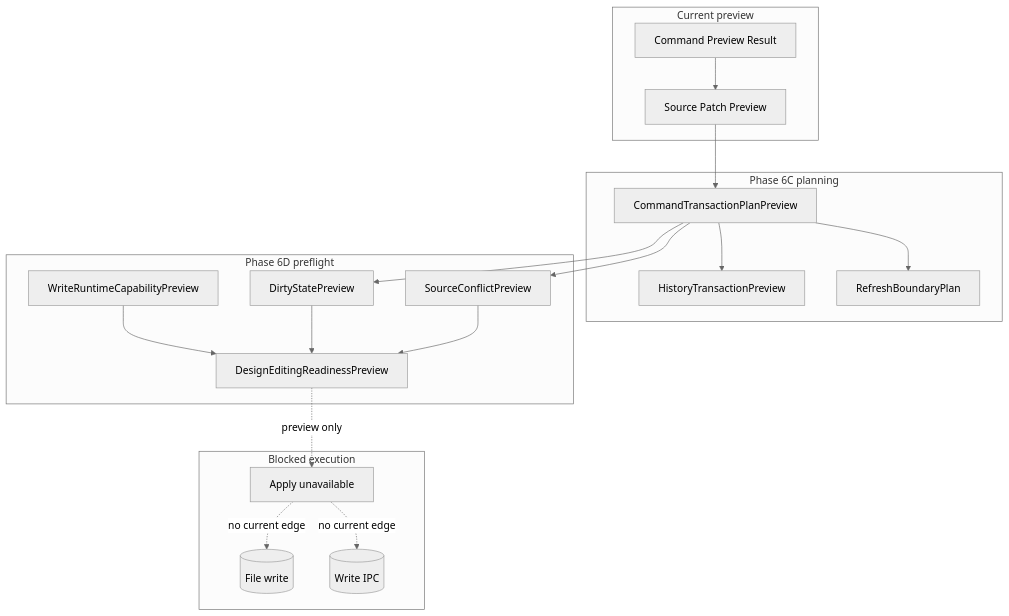
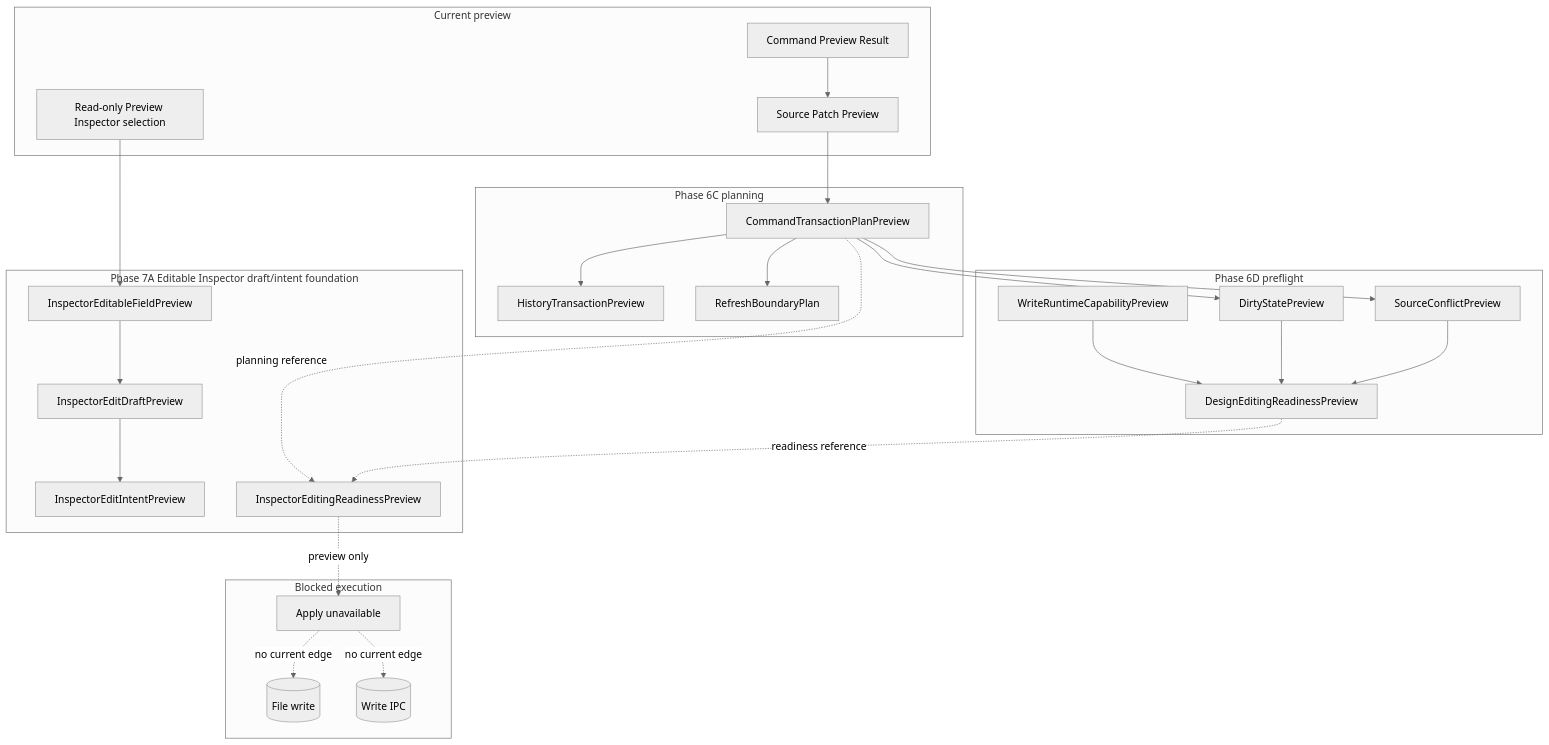
Before and after one commit to krestosa/Crystal: the diagram in docs/architecture/commands/future-command-execution.md, drawn with Mermaid (neutral theme). The commit also changed other lines of this file, not shown here.

Commit message:
Document inspector editing future command boundary

````diff
--- a/docs/architecture/commands/future-command-execution.md
+++ b/docs/architecture/commands/future-command-execution.md
@@ -84,38 +93,49 @@
 ```mermaid
 flowchart TD
   subgraph Preview[Current preview]
     Command[Command Preview Result]
     Patch[Source Patch Preview]
+    Selection[Read-only Preview Inspector selection]
   end
 
   subgraph Planning[Phase 6C planning]
     Plan[CommandTransactionPlanPreview]
     History[HistoryTransactionPreview]
     Refresh[RefreshBoundaryPlan]
   end
 
   subgraph Preflight[Phase 6D preflight]
     Dirty[DirtyStatePreview]
     Conflict[SourceConflictPreview]
     Runtime[WriteRuntimeCapabilityPreview]
     Ready[DesignEditingReadinessPreview]
+  end
+
+  subgraph Inspector[Phase 7A Editable Inspector draft/intent foundation]
+    Field[InspectorEditableFieldPreview]
+    Draft[InspectorEditDraftPreview]
+    Intent[InspectorEditIntentPreview]
+    InspectorReady[InspectorEditingReadinessPreview]
   end
 
   subgraph Blocked[Blocked execution]
     Apply[Apply unavailable]
     Write[(File write)]
     Ipc[(Write IPC)]
   end
 
   Command --> Patch --> Plan
   Plan --> History
   Plan --> Refresh
   Plan --> Dirty
   Plan --> Conflict
   Runtime --> Ready
   Dirty --> Ready
   Conflict --> Ready
-  Ready -. preview only .-> Apply
+  Selection --> Field --> Draft --> Intent
+  Plan -. planning reference .-> InspectorReady
+  Ready -. readiness reference .-> InspectorReady
+  InspectorReady -. preview only .-> Apply
   Apply -. no current edge .-> Write
   Apply -. no current edge .-> Ipc
 ```
````
